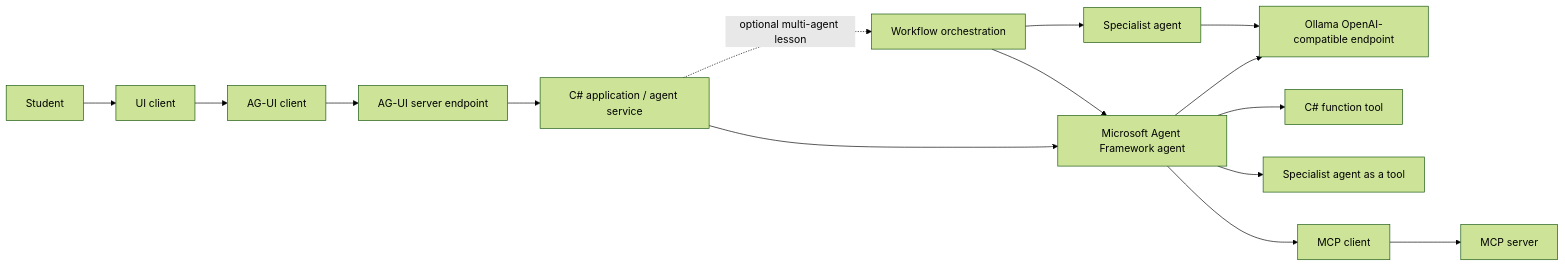
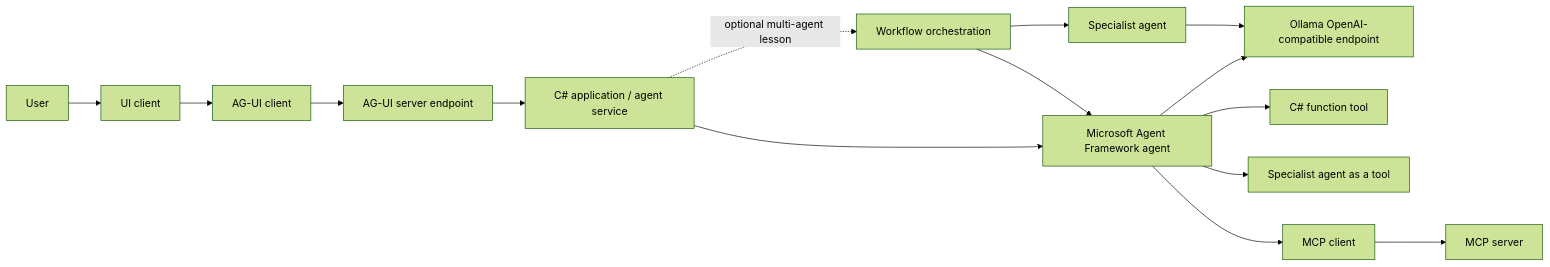
One commit to ECU-Agentic-AI/agentic-ai-material changed the diagram in hands-on-instructions/hands-on-instructions-Streaming-Chat.md. Above: the diagram before and after it, drawn with Mermaid (forest theme).

Commit message:
changes student label on diagram to user

````diff
--- a/hands-on-instructions/hands-on-instructions-Streaming-Chat.md
+++ b/hands-on-instructions/hands-on-instructions-Streaming-Chat.md
@@ -301,17 +301,17 @@
 ```mermaid
 flowchart LR
-  Student[Student] --> Ui[UI client]
+  Student[User] --> Ui[UI client]
   Ui --> AgUiClient[AG-UI client]
   AgUiClient --> AgUiServer[AG-UI server endpoint]
   AgUiServer --> App[C# application / agent service]
   App --> Agent[Microsoft Agent Framework agent]
   App -. optional multi-agent lesson .-> Workflow[Workflow orchestration]
   Workflow --> Agent
   Workflow --> Specialist[Specialist agent]
   Agent --> Runtime[Ollama OpenAI-compatible endpoint]
   Specialist --> Runtime
   Agent --> Function[C# function tool]
   Agent --> SpecialistTool[Specialist agent as a tool]
   Agent --> McpClient[MCP client]
   McpClient --> McpServer[MCP server]
 ```
````
